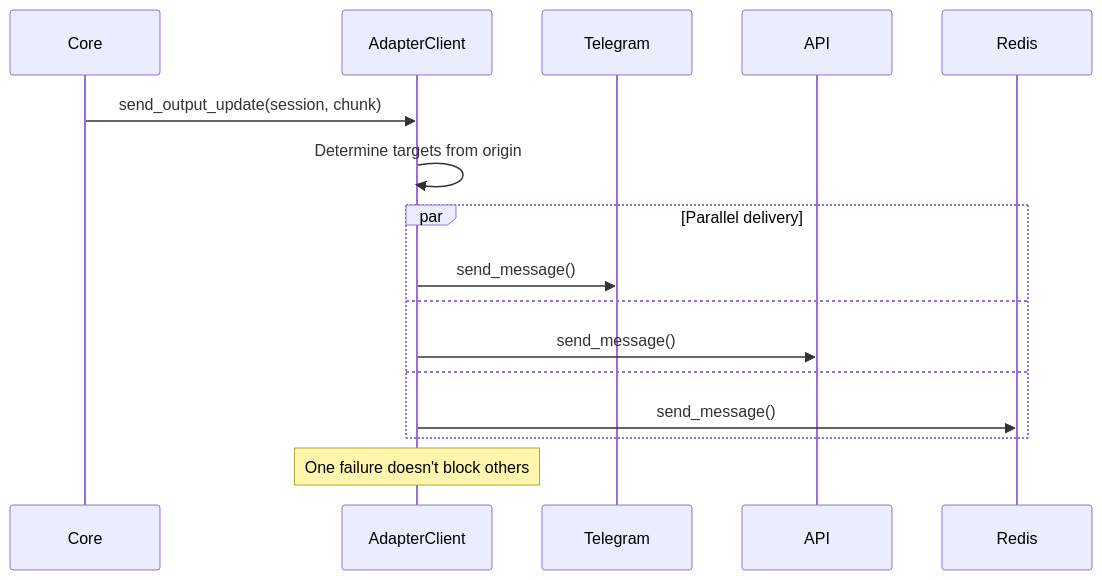
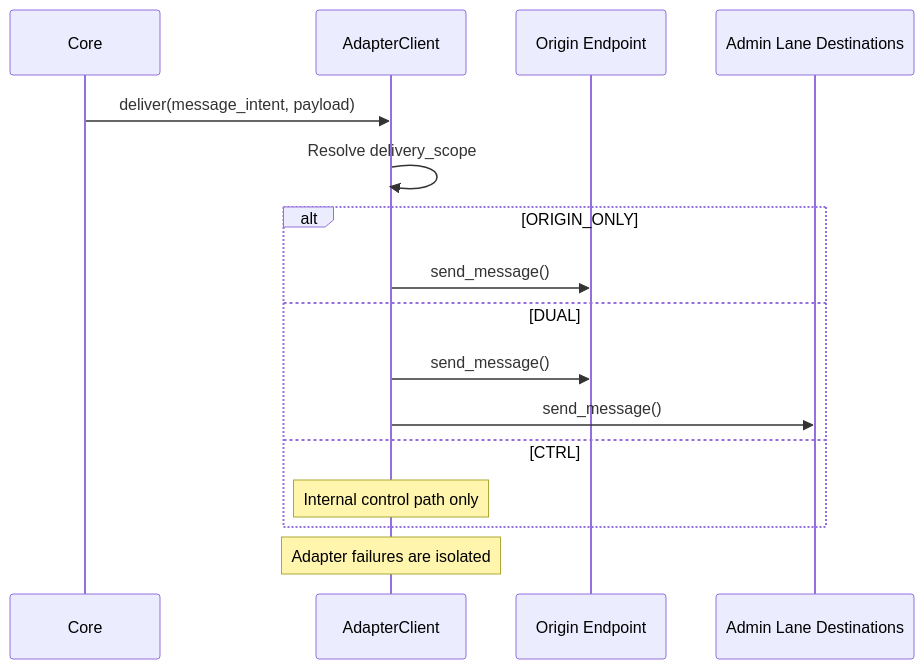
One commit to InstruktAI/TeleClaude changed the third of 5 diagrams in docs/project/design/architecture/adapter-client.md. Above: the diagram before and after it, drawn with Mermaid. The commit also changed other lines of this file and 19 other files, not shown here.

First line of the commit message:
fix(adapter-output-delivery): enforce origin-only routing paths

````diff
--- a/docs/project/design/architecture/adapter-client.md
+++ b/docs/project/design/architecture/adapter-client.md
@@ -83,19 +87,19 @@
 ```mermaid
 sequenceDiagram
     participant Core
     participant AC as AdapterClient
-    participant TG as Telegram
-    participant API
-    participant Redis
+    participant Origin as Origin Endpoint
+    participant Admin as Admin Lane Destinations
 
-    Core->>AC: send_output_update(session, chunk)
-    AC->>AC: Determine targets from origin
-    par Parallel delivery
-        AC->>TG: send_message()
-    and
-        AC->>API: send_message()
-    and
-        AC->>Redis: send_message()
+    Core->>AC: deliver(message_intent, payload)
+    AC->>AC: Resolve delivery_scope
+    alt ORIGIN_ONLY
+        AC->>Origin: send_message()
+    else DUAL
+        AC->>Origin: send_message()
+        AC->>Admin: send_message()
+    else CTRL
+        Note over AC: Internal control path only
     end
-    Note over AC: One failure doesn't block others
+    Note over AC: Adapter failures are isolated
 ```
````
